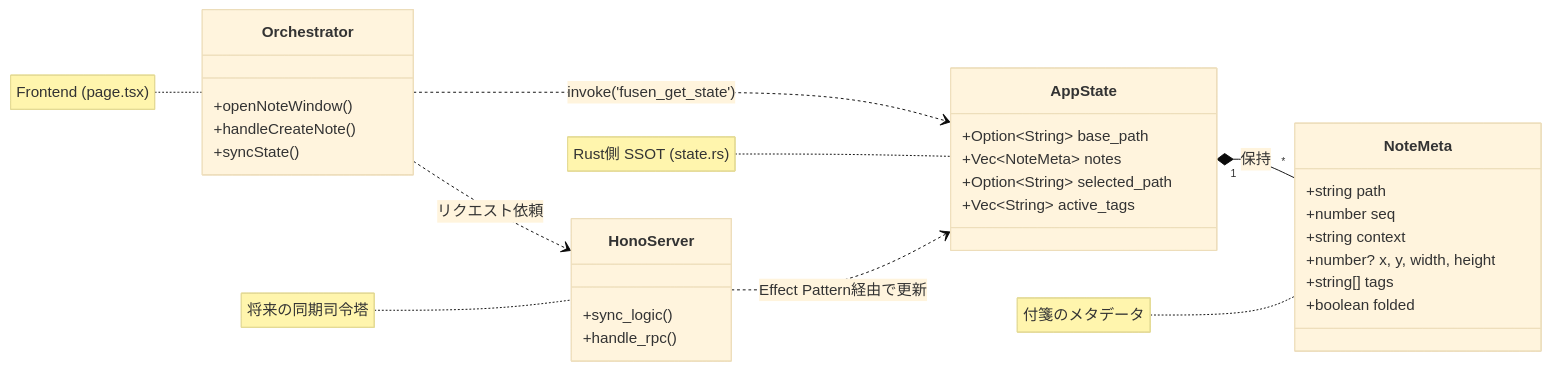
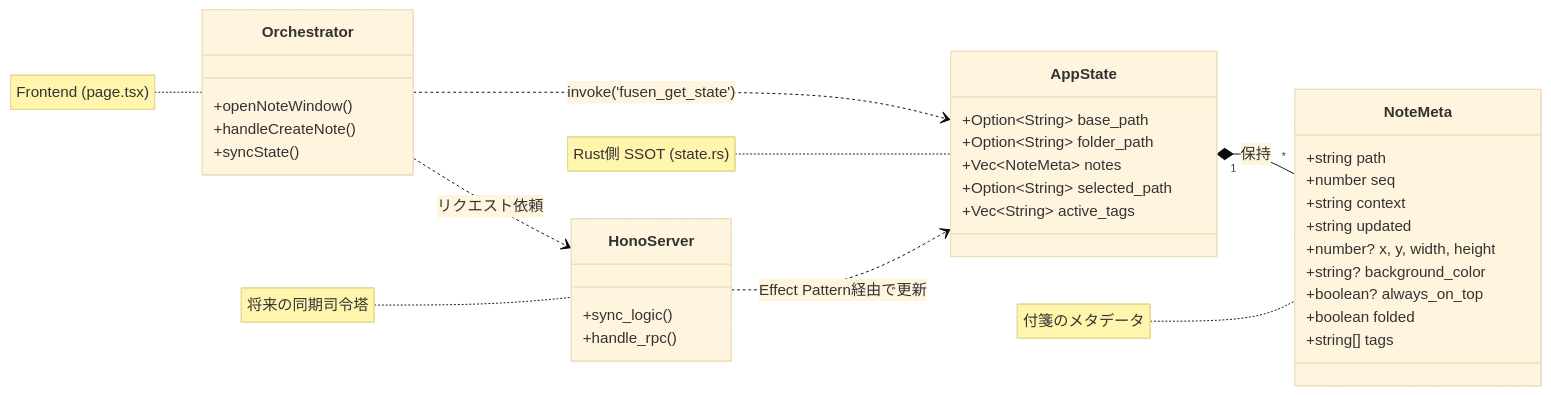
The second of 5 diagrams in docs/ARCHITECTURE_DESIGN_v1.1.md (ore-no-fusen/ore-no-fusen), drawn with Mermaid (base theme) before and after one commit. The commit also changed other lines of this file and 2 other files, not shown here.

Commit message:
chore: add .gitattributes (enforce LF), add ARCHITECTURE_DESIGN v1.1 and assets

````diff
--- a/docs/ARCHITECTURE_DESIGN_v1.1.md
+++ b/docs/ARCHITECTURE_DESIGN_v1.1.md
@@ -85,40 +85,44 @@
 ```mermaid
 classDiagram
     direction LR
 
     class AppState {
         +Option~String~ base_path
+        +Option~String~ folder_path
         +Vec~NoteMeta~ notes
         +Option~String~ selected_path
         +Vec~String~ active_tags
     }
     note for AppState "Rust側 SSOT (state.rs)"
 
     class NoteMeta {
         +string path
         +number seq
         +string context
+        +string updated
         +number? x, y, width, height
+        +string? background_color
+        +boolean? always_on_top
+        +boolean folded
         +string[] tags
-        +boolean folded
     }
     note for NoteMeta "付箋のメタデータ"
 
     class HonoServer {
         +sync_logic()
         +handle_rpc()
     }
     note for HonoServer "将来の同期司令塔"
 
     class Orchestrator {
         +openNoteWindow()
         +handleCreateNote()
         +syncState()
     }
     note for Orchestrator "Frontend (page.tsx)"
 
     AppState "1" *-- "*" NoteMeta : 保持
     Orchestrator ..> AppState : invoke('fusen_get_state')
     Orchestrator ..> HonoServer : リクエスト依頼
     HonoServer ..> AppState : Effect Pattern経由で更新
 ```
````
